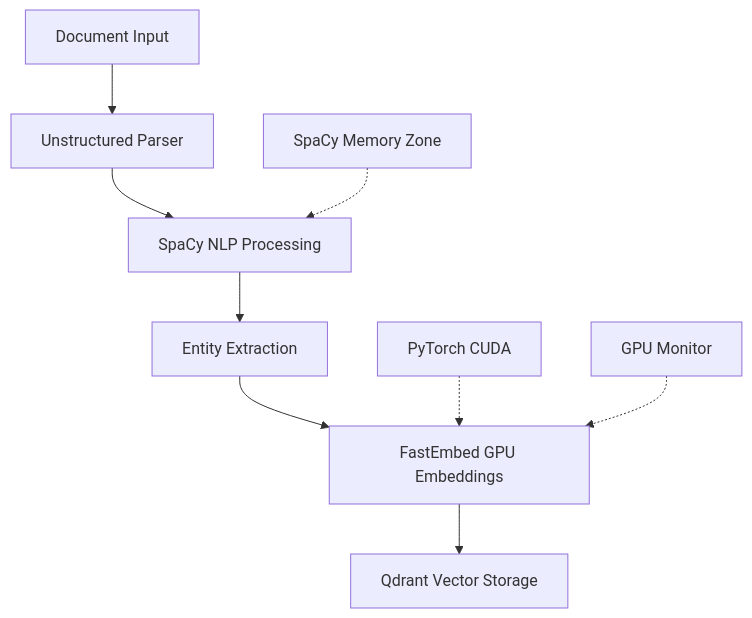
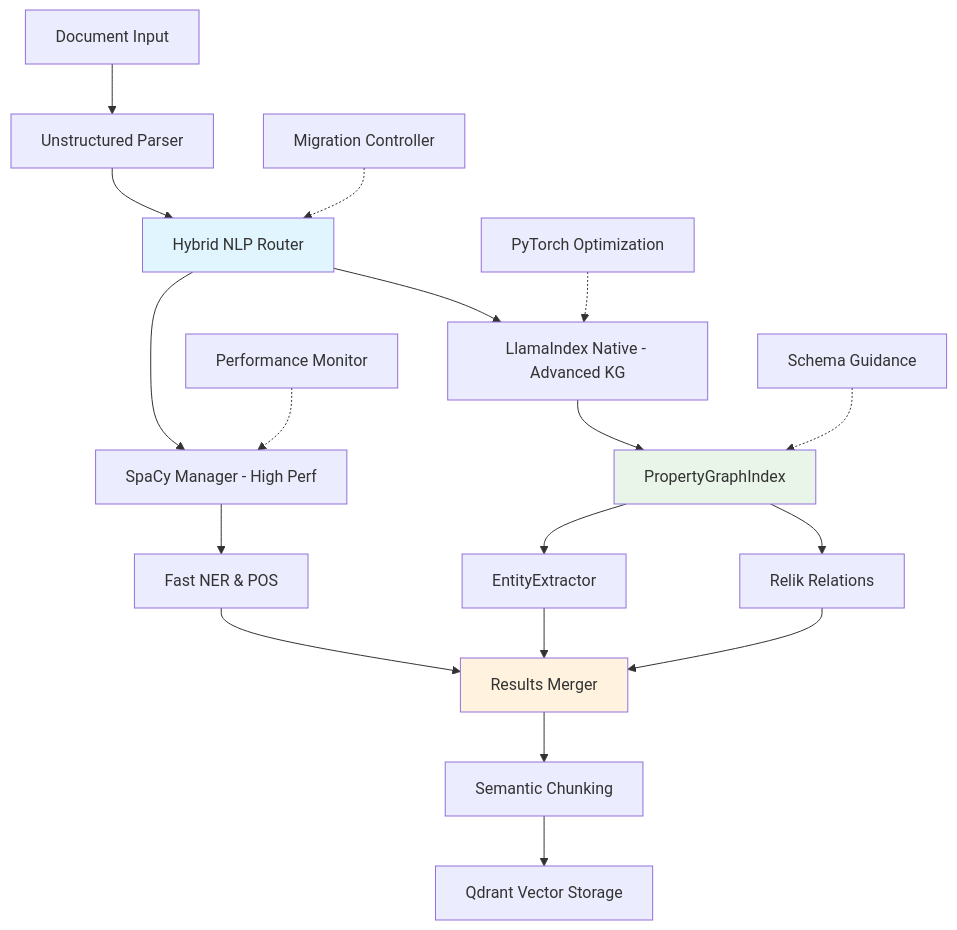
The diagram in docs/planning/research/reports/6-spacy-torch-research-report.md (BjornMelin/docmind-ai-llm), drawn with Mermaid before and after one commit. The commit also changed other lines of this file and 12 other files, not shown here.

First line of the commit message:
docs: update architecture decision records with LlamaIndex native settings migration

````diff
--- a/docs/planning/research/reports/6-spacy-torch-research-report.md
+++ b/docs/planning/research/reports/6-spacy-torch-research-report.md
@@ -263,12 +439,25 @@
 ```mermaid
 graph TD
     A[Document Input] --> B[Unstructured Parser]
-    B --> C[SpaCy NLP Processing]
-    C --> D[Entity Extraction]
-    D --> E[FastEmbed GPU Embeddings] 
-    E --> F[Qdrant Vector Storage]
+    B --> C[Hybrid NLP Router]
+    C --> D[SpaCy Manager - High Perf]
+    C --> E[LlamaIndex Native - Advanced KG]
+    D --> F[Fast NER & POS]
+    E --> G[PropertyGraphIndex]
+    G --> H[EntityExtractor]
+    G --> I[Relik Relations]
+    F --> J[Results Merger]
+    H --> J
+    I --> J
+    J --> K[Semantic Chunking]
+    K --> L[Qdrant Vector Storage]
     
-    G[SpaCy Memory Zone] -.-> C
-    H[PyTorch CUDA] -.-> E
-    I[GPU Monitor] -.-> E
+    M[Migration Controller] -.-> C
+    N[Performance Monitor] -.-> D
+    O[Schema Guidance] -.-> G
+    P[PyTorch Optimization] -.-> E
+    
+    style C fill:#e1f5fe
+    style G fill:#e8f5e8
+    style J fill:#fff3e0
 ```
````
